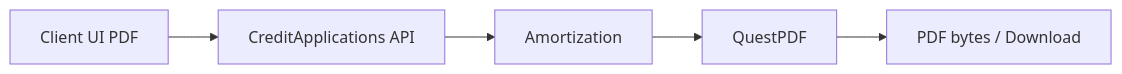
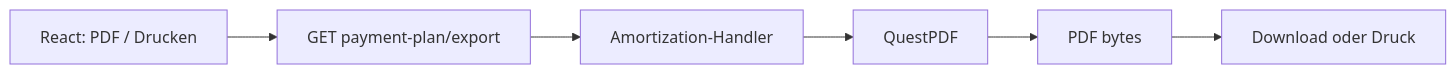
The first of 2 diagrams in docs/learning/de/20-pdf-export.md (fdeniz07/BankApp), drawn with Mermaid before and after one commit. The commit also changed other lines of this file and 105 other files, not shown here.

First line of the commit message:
doc: Enrich learning chapters with labs, pitfalls, and safe Mermaid

````diff
--- a/docs/learning/de/20-pdf-export.md
+++ b/docs/learning/de/20-pdf-export.md
@@ -10,12 +12,8 @@
 ```mermaid
 flowchart LR
-  ui[Client UI PDF]
-  api[CreditApplications API]
-  calc[Amortization]
-  quest[QuestPDF]
-  file[PDF bytes / Download]
-  ui --> api
-  api --> calc
-  calc --> quest
-  quest --> file
+  UI["React: PDF / Drucken"] --> API["GET payment-plan/export"]
+  API --> H["Amortization-Handler"]
+  H --> Q["QuestPDF"]
+  Q --> B["PDF bytes"]
+  B --> DL["Download oder Druck"]
 ```
````
